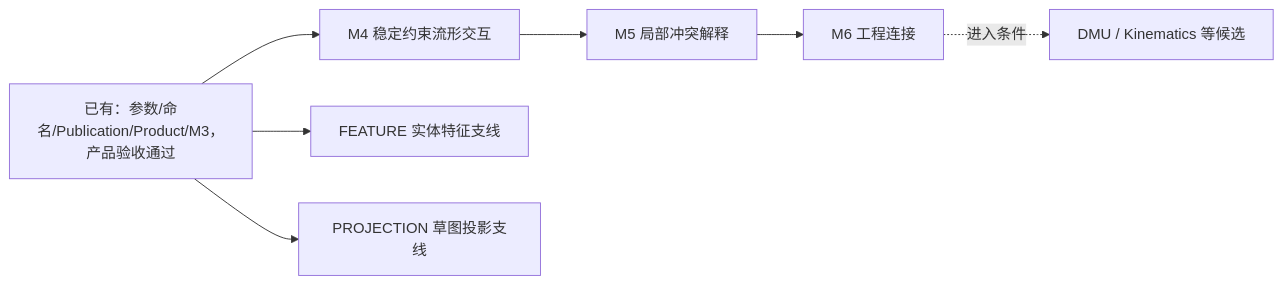
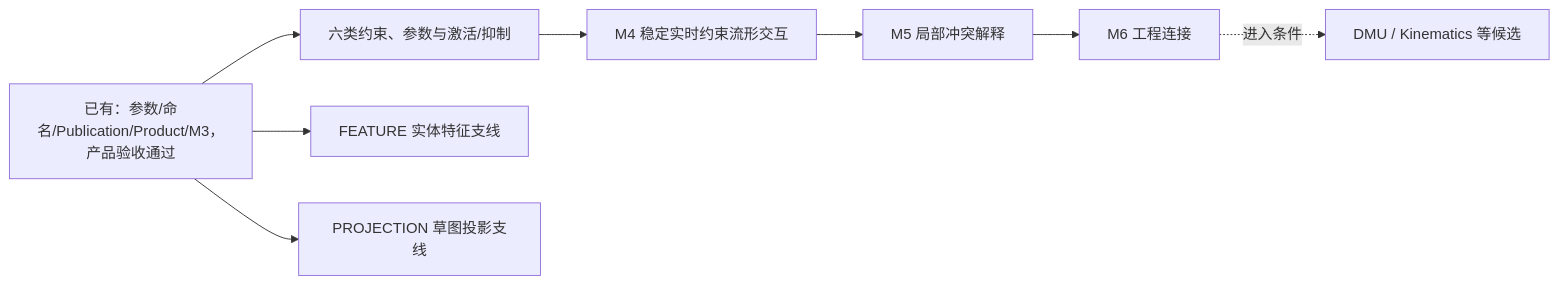
The diagram in plans/README.md (cossoledad/occccad), drawn with Mermaid before and after one commit. The commit also changed other lines of this file and 9 other files, not shown here.

````diff
--- a/plans/README.md
+++ b/plans/README.md
@@ -9,9 +9,10 @@
 ```mermaid
 flowchart LR
-    Baseline["已有：参数/命名/Publication/Product/M3，产品验收通过"] --> Drag["M4 稳定约束流形交互"]
+    Baseline["已有：参数/命名/Publication/Product/M3，产品验收通过"] --> Parity["六类约束、参数与激活/抑制"]
+    Parity --> Drag["M4 稳定实时约束流形交互"]
     Drag --> Conflict["M5 局部冲突解释"]
     Conflict --> Connection["M6 工程连接"]
     Baseline --> Feature["FEATURE 实体特征支线"]
     Baseline --> Projection["PROJECTION 草图投影支线"]
     Connection -.进入条件.-> Future["DMU / Kinematics 等候选"]
 ```
````
